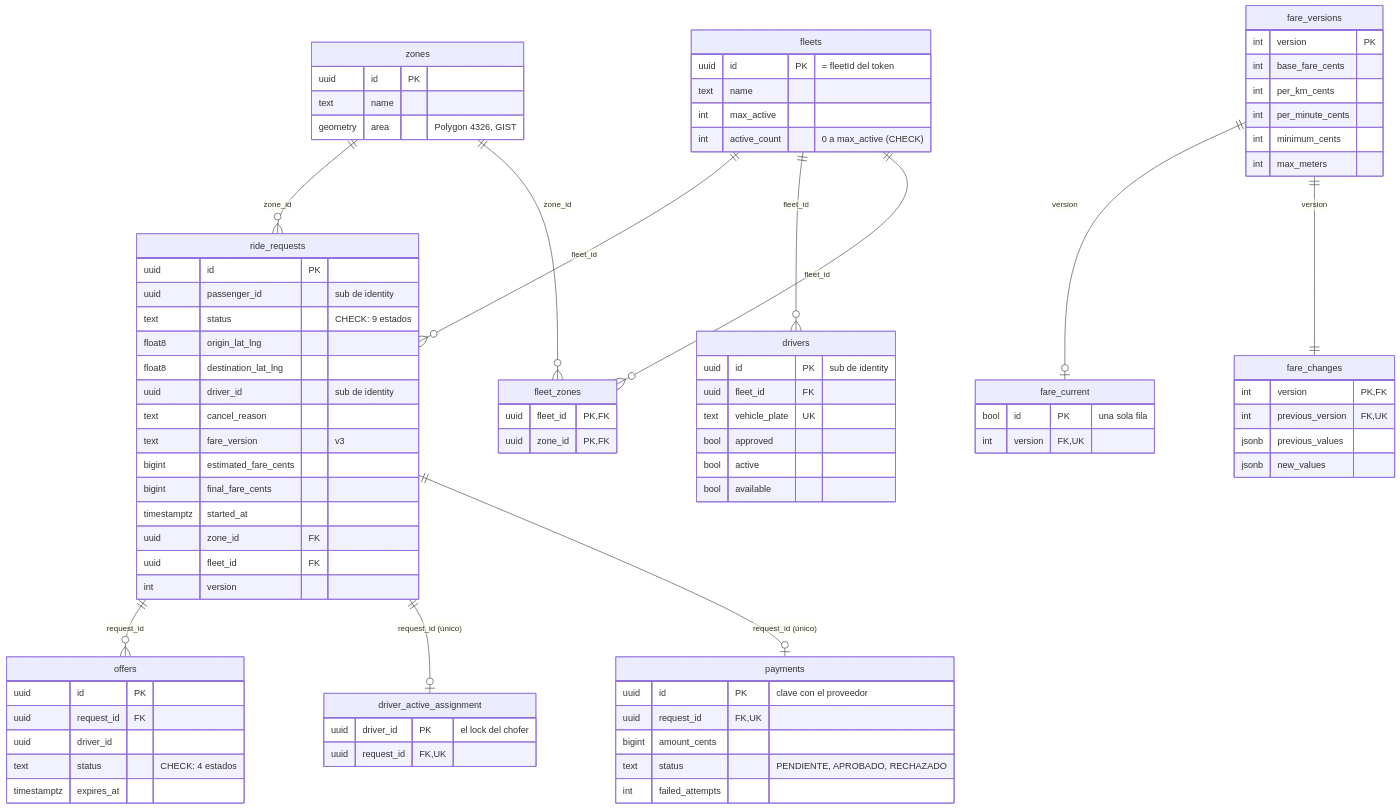
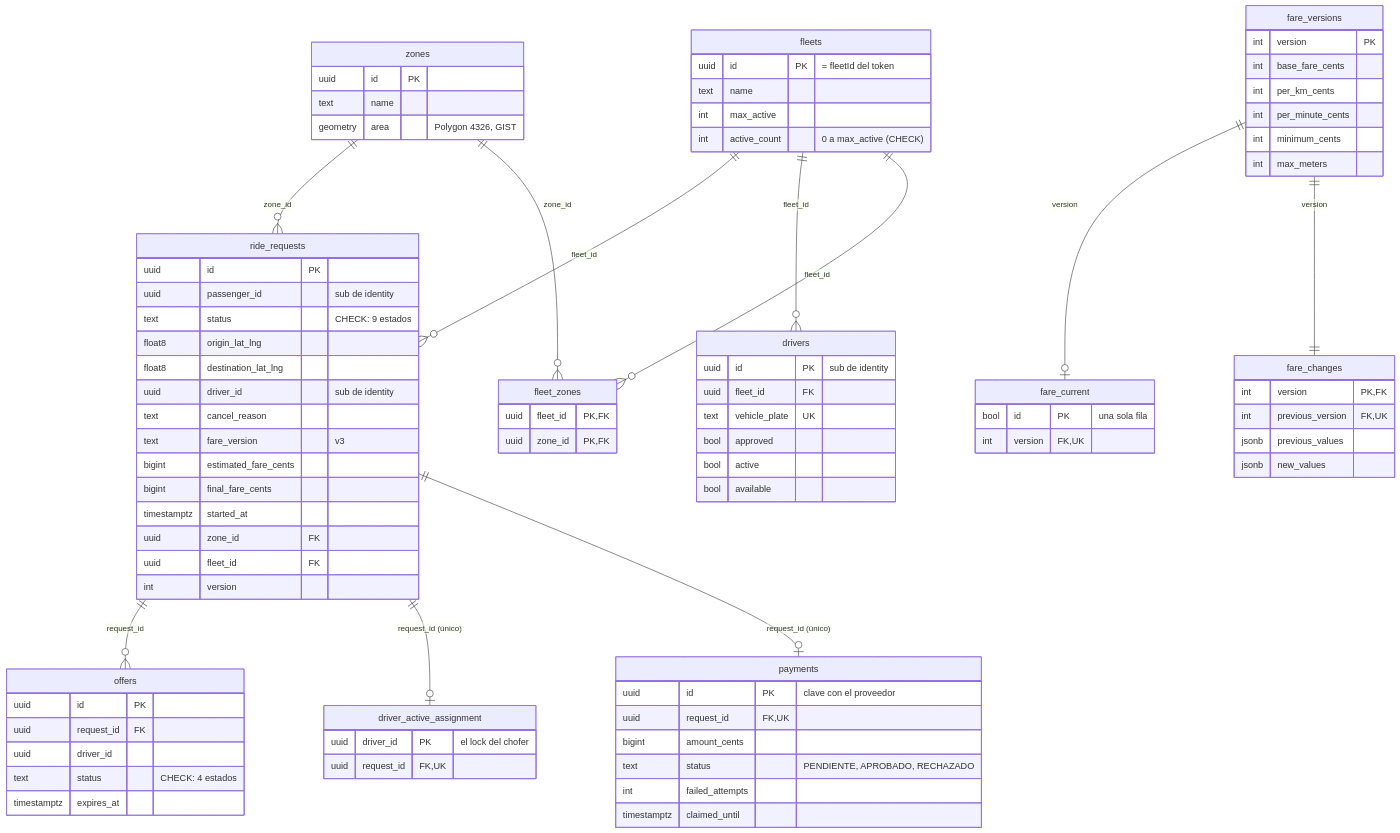
Before and after one commit to UTN-FRRE-2026/app-de-viajes: the second of 4 diagrams in docs/modelo.md, drawn with Mermaid. The commit also changed other lines of this file and 65 other files, not shown here.

```diff
--- a/docs/modelo.md
+++ b/docs/modelo.md
@@ -121,6 +121,7 @@
         bigint amount_cents
         text status "PENDIENTE, APROBADO, RECHAZADO"
         int failed_attempts
+        timestamptz claimed_until
     }
     fleets {
         uuid id PK "= fleetId del token"
```
